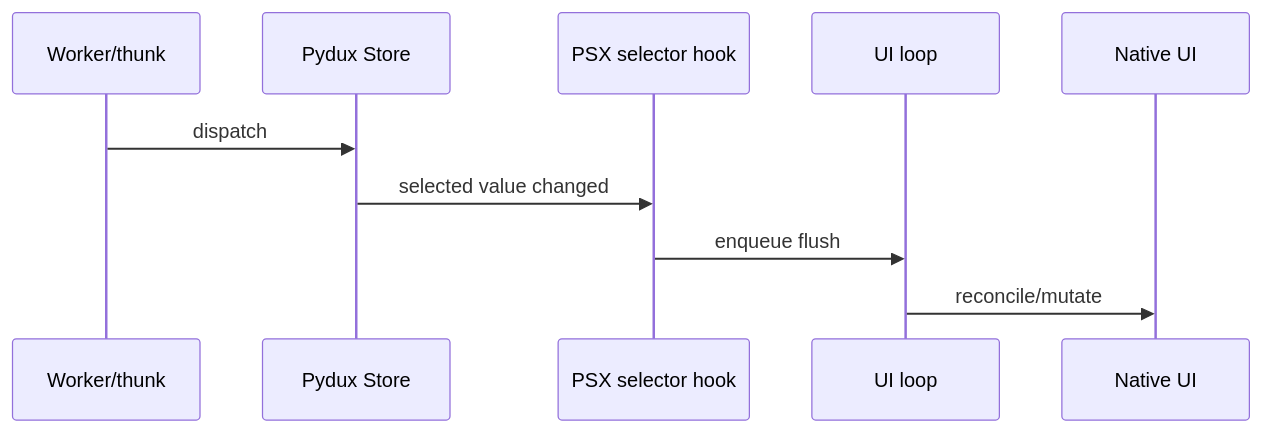
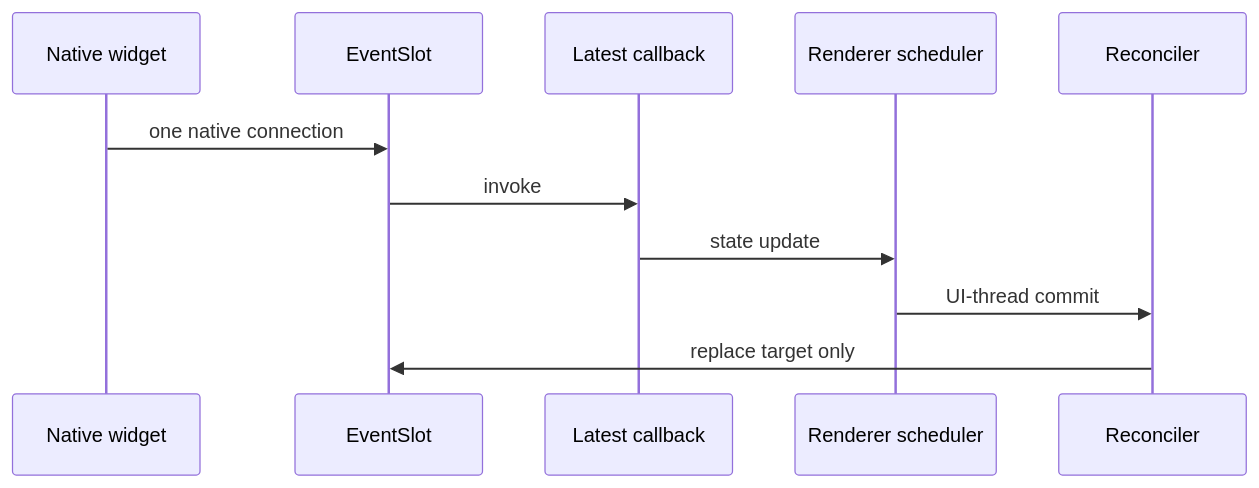
Before and after one commit to Neuri-AI/PSX: the third of 4 diagrams in docs/architecture.md, drawn with Mermaid. The commit also changed other lines of this file and 71 other files, not shown here.

First line of the commit message:
feat: Introduce plugin architecture and component adapters

````diff
--- a/docs/architecture.md
+++ b/docs/architecture.md
@@ -219,12 +33,13 @@
 ```mermaid
 sequenceDiagram
-  participant W as Worker/thunk
-  participant S as Pydux Store
-  participant H as PSX selector hook
-  participant U as UI loop
-  participant N as Native UI
-  W->>S: dispatch
-  S->>H: selected value changed
-  H->>U: enqueue flush
-  U->>N: reconcile/mutate
+  participant W as Native widget
+  participant S as EventSlot
+  participant H as Latest callback
+  participant Q as Renderer scheduler
+  participant R as Reconciler
+  W->>S: one native connection
+  S->>H: invoke
+  H->>Q: state update
+  Q->>R: UI-thread commit
+  R->>S: replace target only
 ```
````
